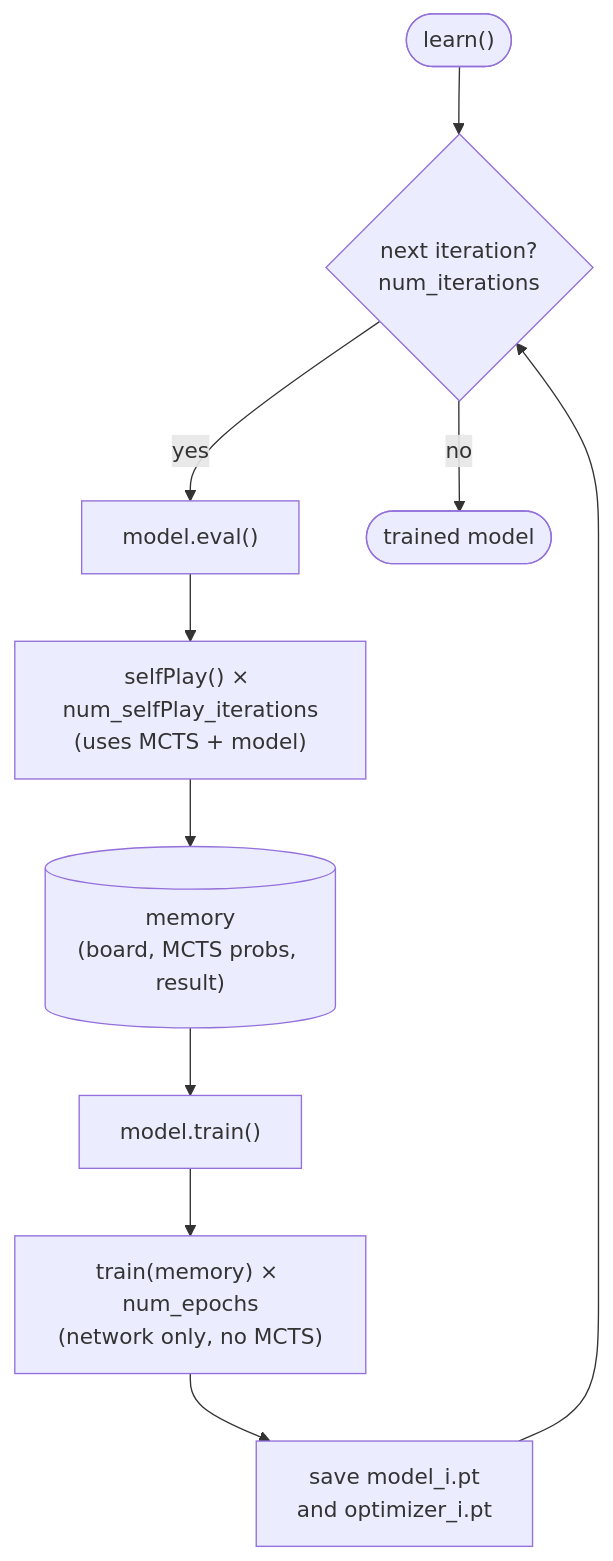
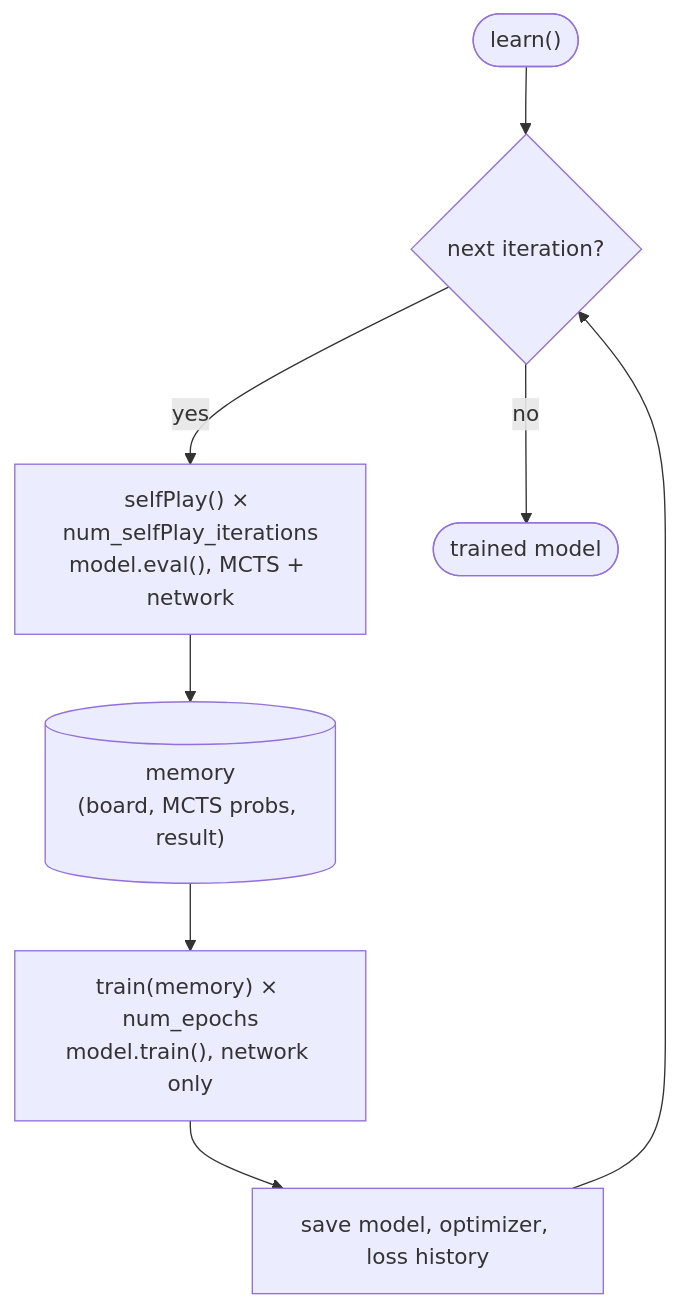
Before and after one commit to Sanchit1248/AlphaZero: the first of 5 diagrams in FLOWCHART.md, drawn with Mermaid. The commit also changed other lines of this file and 1 other file, not shown here.

First line of the commit message:
Update README and flowcharts to match the current project

````diff
--- a/FLOWCHART.md
+++ b/FLOWCHART.md
@@ -13,12 +9,10 @@
 ```mermaid
 flowchart TD
-    Start(["learn()"]) --> Iter{"next iteration?<br/>num_iterations"}
-    Iter -- yes --> Eval["model.eval()"]
-    Eval --> SP["selfPlay() × num_selfPlay_iterations<br/>(uses MCTS + model)"]
+    Start(["learn()"]) --> Iter{"next iteration?"}
+    Iter -- yes --> SP["selfPlay() × num_selfPlay_iterations<br/>model.eval(), MCTS + network"]
     SP --> Mem[("memory<br/>(board, MCTS probs, result)")]
-    Mem --> TrainMode["model.train()"]
-    TrainMode --> Train["train(memory) × num_epochs<br/>(network only, no MCTS)"]
-    Train --> Save["save model_i.pt<br/>and optimizer_i.pt"]
+    Mem --> Train["train(memory) × num_epochs<br/>model.train(), network only"]
+    Train --> Save["save model, optimizer, loss history"]
     Save --> Iter
     Iter -- no --> Done(["trained model"])
 ```
````
